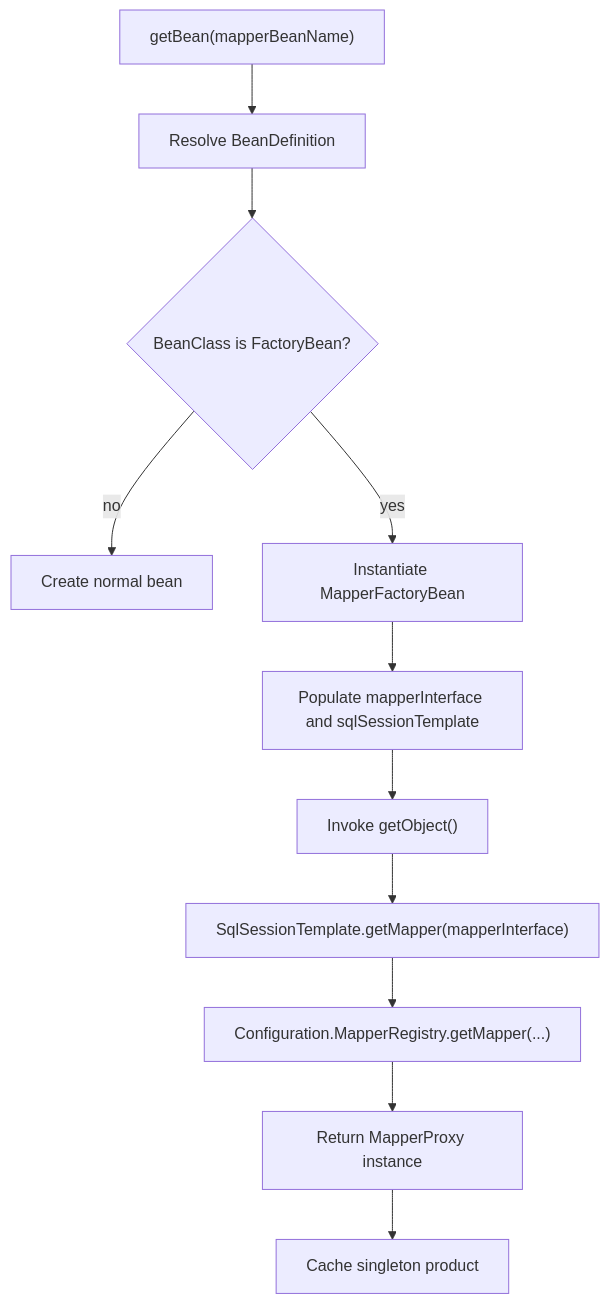
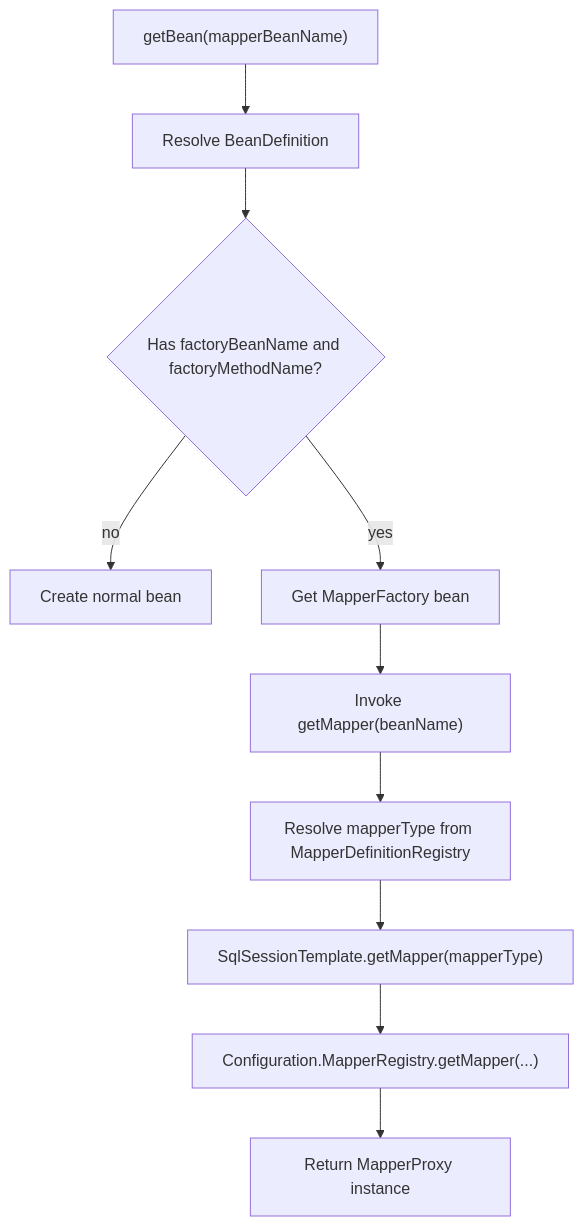
The fourth of 6 diagrams in docs/integration-mybatis-spring.md (Jianing-Xu/mini-mybatis), drawn with Mermaid before and after one commit. The commit also changed other lines of this file and 2 other files, not shown here.

````diff
--- a/docs/integration-mybatis-spring.md
+++ b/docs/integration-mybatis-spring.md
@@ -398,13 +442,12 @@
 ```mermaid
 flowchart TD
     gb1["getBean(mapperBeanName)"] --> gb2["Resolve BeanDefinition"]
-    gb2 --> gb3{"BeanClass is FactoryBean?"}
+    gb2 --> gb3{"Has factoryBeanName and factoryMethodName?"}
     gb3 -->|no| gb4["Create normal bean"]
-    gb3 -->|yes| gb5["Instantiate MapperFactoryBean"]
-    gb5 --> gb6["Populate mapperInterface and sqlSessionTemplate"]
-    gb6 --> gb7["Invoke getObject()"]
-    gb7 --> gb8["SqlSessionTemplate.getMapper(mapperInterface)"]
+    gb3 -->|yes| gb5["Get MapperFactory bean"]
+    gb5 --> gb6["Invoke getMapper(beanName)"]
+    gb6 --> gb7["Resolve mapperType from MapperDefinitionRegistry"]
+    gb7 --> gb8["SqlSessionTemplate.getMapper(mapperType)"]
     gb8 --> gb9["Configuration.MapperRegistry.getMapper(...)"]
     gb9 --> gb10["Return MapperProxy instance"]
-    gb10 --> gb11["Cache singleton product"]
 ```
````
